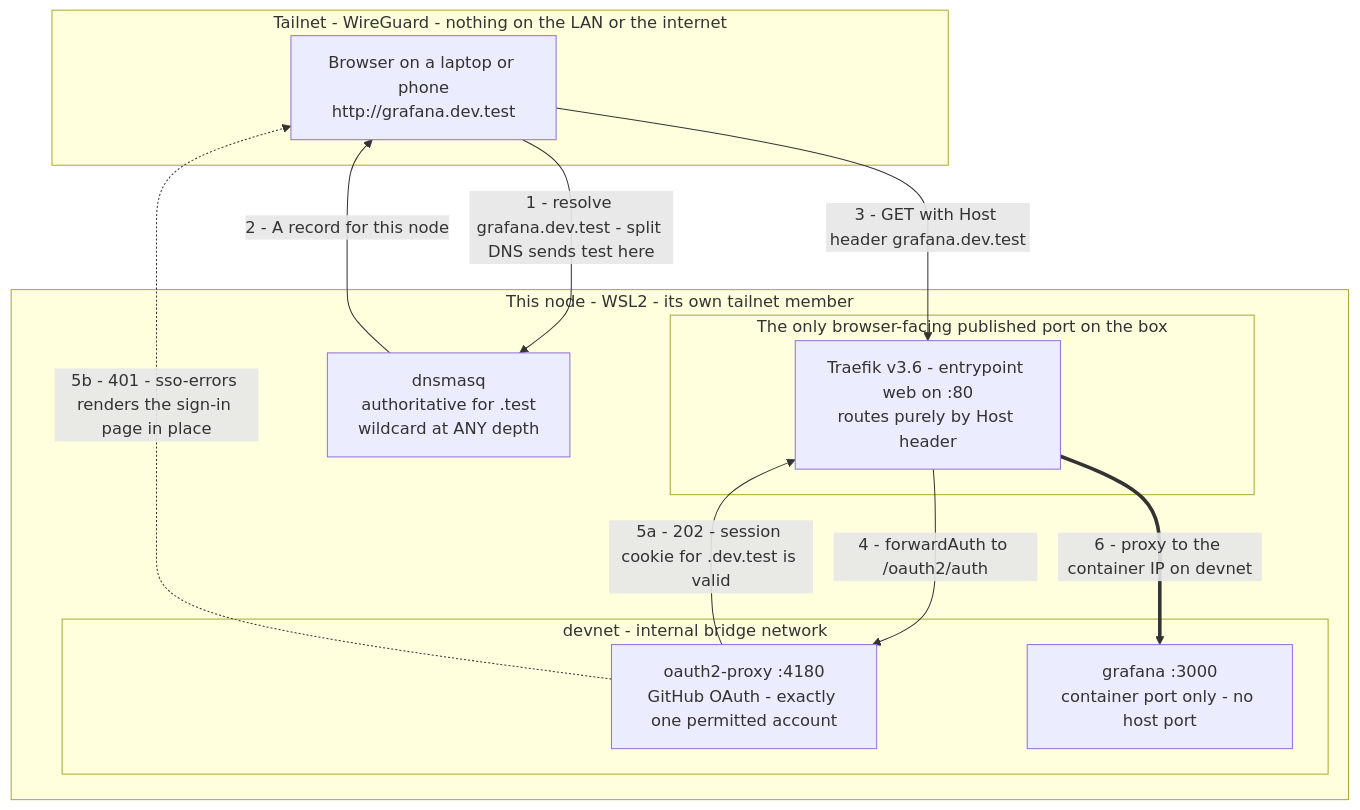
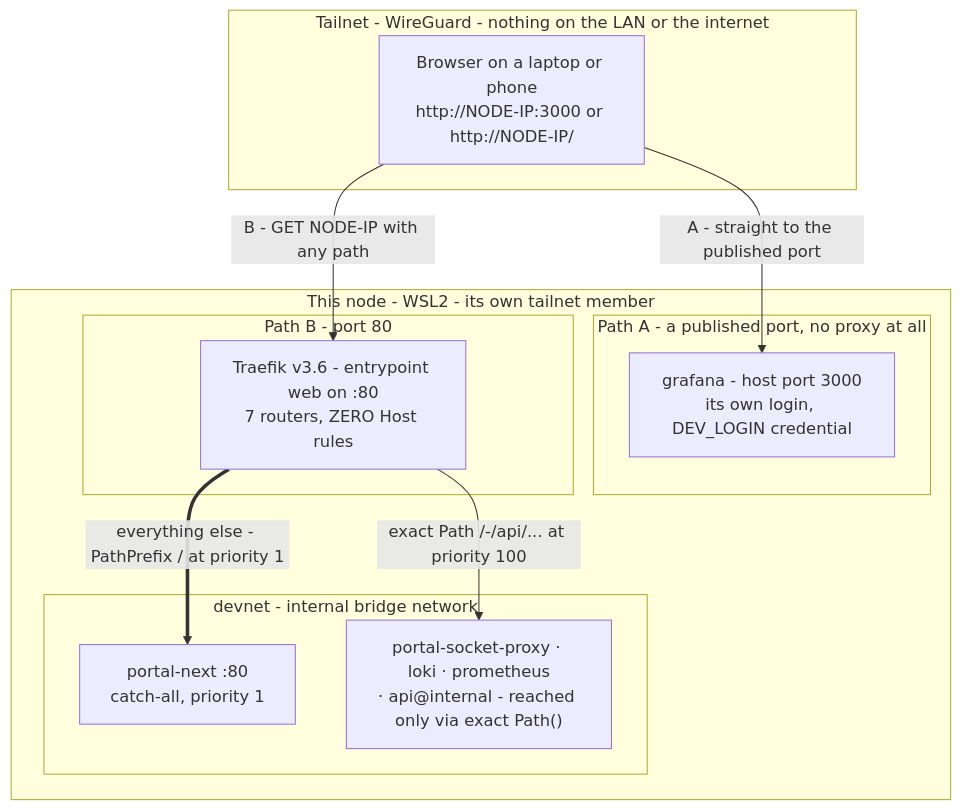
The first of 6 diagrams in docs/ARCHITECTURE.md (YehudaBriskman/Bothy), drawn with Mermaid before and after one commit. The commit also changed other lines of this file and 10 other files, not shown here.

````diff
--- a/docs/ARCHITECTURE.md
+++ b/docs/ARCHITECTURE.md
@@ -47,27 +50,26 @@
 ```mermaid
 flowchart TB
     subgraph s_tailnet["Tailnet - WireGuard - nothing on the LAN or the internet"]
-        BROWSER["Browser on a laptop or phone<br/>http://grafana.dev.test"]
+        BROWSER["Browser on a laptop or phone<br/>http://NODE-IP:3000 or http://NODE-IP/"]
     end
 
     subgraph s_box["This node - WSL2 - its own tailnet member"]
-        DNSMASQ["dnsmasq<br/>authoritative for .test<br/>wildcard at ANY depth"]
+        subgraph s_direct["Path A - a published port, no proxy at all"]
+            GRAF["grafana - host port 3000<br/>its own login, DEV_LOGIN credential"]
+        end
 
-        subgraph s_edge["The only browser-facing published port on the box"]
-            TRAEFIK["Traefik v3.6 - entrypoint web on :80<br/>routes purely by Host header"]
+        subgraph s_edge["Path B - port 80"]
+            TRAEFIK["Traefik v3.6 - entrypoint web on :80<br/>7 routers, ZERO Host rules"]
         end
 
         subgraph s_devnet["devnet - internal bridge network"]
-            OAUTH["oauth2-proxy :4180<br/>GitHub OAuth - exactly one permitted account"]
-            TARGET["grafana :3000<br/>container port only - no host port"]
+            PNEXT["portal-next :80<br/>catch-all, priority 1"]
+            APIS["portal-socket-proxy · loki · prometheus<br/>· api@internal - reached only via exact Path()"]
         end
     end
 
-    BROWSER -->|"1 - resolve grafana.dev.test - split DNS sends test here"| DNSMASQ
-    DNSMASQ -->|"2 - A record for this node"| BROWSER
-    BROWSER -->|"3 - GET with Host header grafana.dev.test"| TRAEFIK
-    TRAEFIK -->|"4 - forwardAuth to /oauth2/auth"| OAUTH
-    OAUTH -->|"5a - 202 - session cookie for .dev.test is valid"| TRAEFIK
-    OAUTH -.->|"5b - 401 - sso-errors renders the sign-in page in place"| BROWSER
-    TRAEFIK ==>|"6 - proxy to the container IP on devnet"| TARGET
+    BROWSER -->|"A - straight to the published port"| GRAF
+    BROWSER -->|"B - GET NODE-IP with any path"| TRAEFIK
+    TRAEFIK -->|"exact Path /-/api/... at priority 100"| APIS
+    TRAEFIK ==>|"everything else - PathPrefix / at priority 1"| PNEXT
 ```
````
